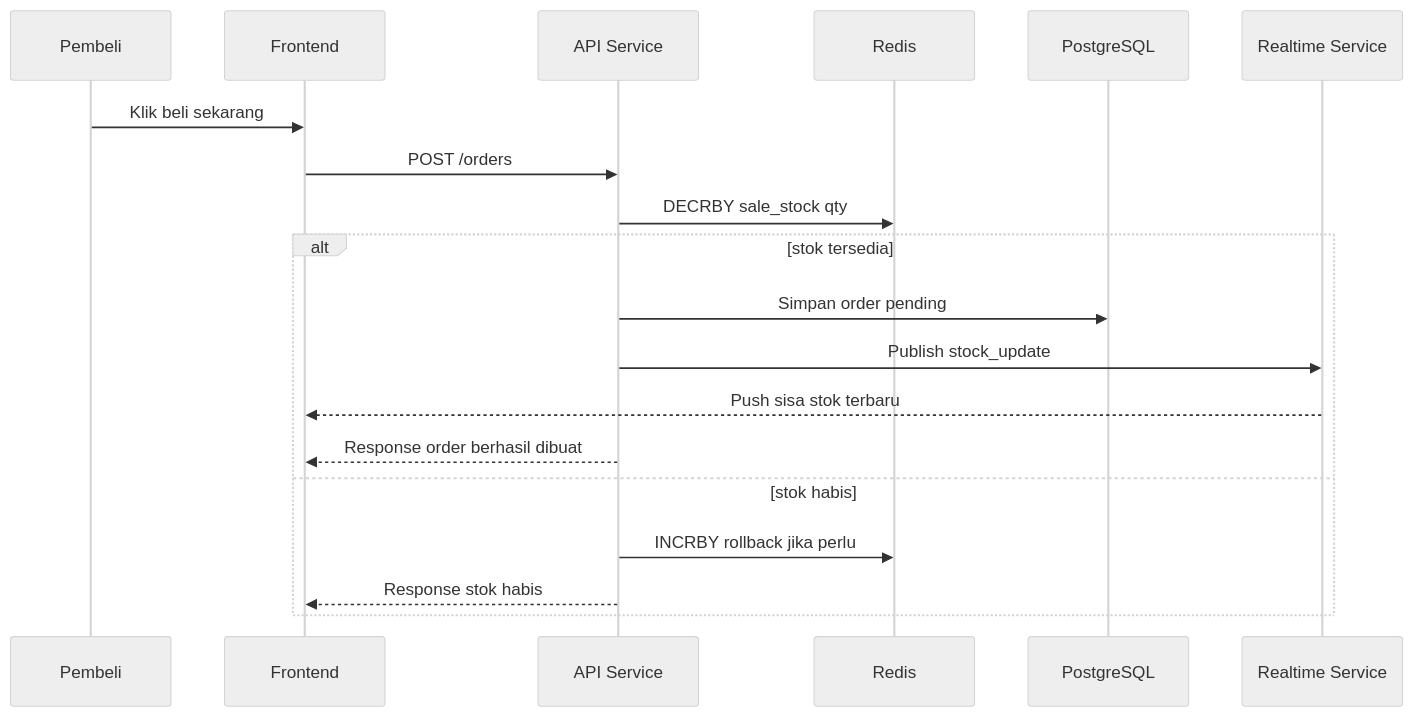
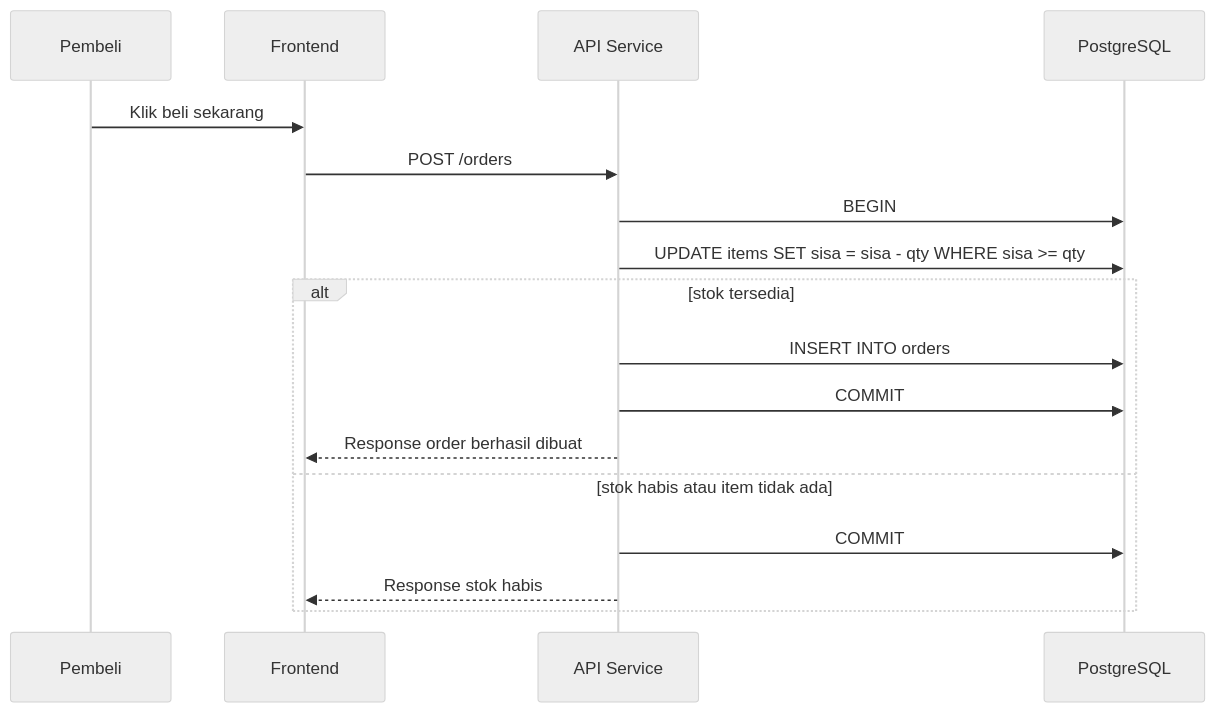
The third of 5 diagrams in Document/ARCHITECTURE/README.md (Fadlurrahman-Rivai/live-shopping-flash-sale), drawn with Mermaid (neutral theme) before and after one commit. The commit also changed other lines of this file and 14 other files, not shown here.

Commit message:
Add backend API service and Postgres stack

````diff
--- a/Document/ARCHITECTURE/README.md
+++ b/Document/ARCHITECTURE/README.md
@@ -137,22 +143,20 @@
 ```mermaid
 sequenceDiagram
     participant U as Pembeli
     participant FE as Frontend
     participant API as API Service
-    participant Redis as Redis
     participant PG as PostgreSQL
-    participant RT as Realtime Service
 
     U->>FE: Klik beli sekarang
     FE->>API: POST /orders
-    API->>Redis: DECRBY sale_stock qty
+  API->>PG: BEGIN
+  API->>PG: UPDATE items SET sisa = sisa - qty WHERE sisa >= qty
     alt stok tersedia
-        API->>PG: Simpan order pending
-        API->>RT: Publish stock_update
-        RT-->>FE: Push sisa stok terbaru
+    API->>PG: INSERT INTO orders
+    API->>PG: COMMIT
         API-->>FE: Response order berhasil dibuat
-    else stok habis
-        API->>Redis: INCRBY rollback jika perlu
+  else stok habis atau item tidak ada
+    API->>PG: COMMIT
         API-->>FE: Response stok habis
     end
 ```
````
